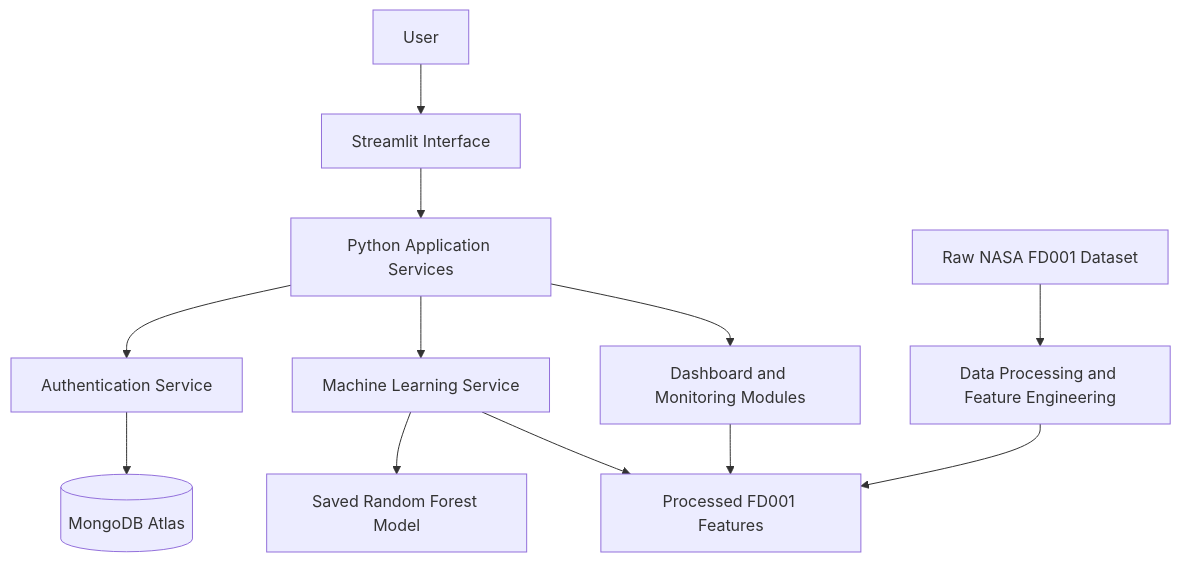
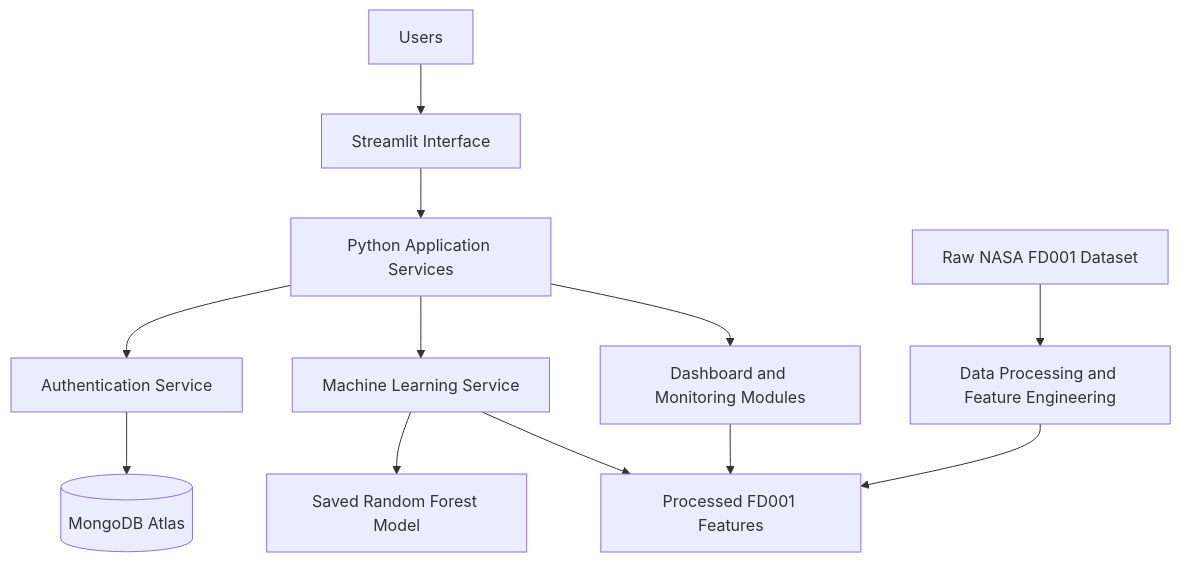
Before and after one commit to Shibani-09/-Predictive-Maintenance-ML: the diagram in README.md, drawn with Mermaid. The commit also changed other lines of this file, not shown here.

````diff
--- a/README.md
+++ b/README.md
@@ -91,20 +91,20 @@
 ```mermaid
 flowchart TD
-    A[User] --> B[Streamlit Interface]
+    A[Users] --> B[Streamlit Interface]
 
     B --> C[Python Application Services]
 
     C --> D[Authentication Service]
     C --> E[Machine Learning Service]
     C --> F[Dashboard and Monitoring Modules]
 
     D --> G[(MongoDB Atlas)]
 
     E --> H[Saved Random Forest Model]
     E --> I[Processed FD001 Features]
 
     F --> I
 
     J[Raw NASA FD001 Dataset] --> K[Data Processing and Feature Engineering]
     K --> I
 ```
````
